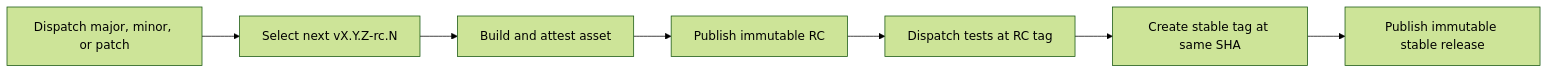
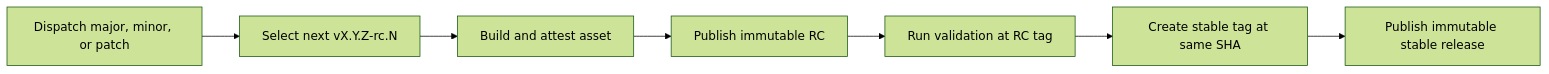
The diagram in README.md (nodeselector/actions-release-demo), drawn with Mermaid (forest theme) before and after one commit. The commit also changed other lines of this file and 3 other files, not shown here.

````diff
--- a/README.md
+++ b/README.md
@@ -13,9 +13,9 @@
 ```mermaid
 flowchart LR
   D[Dispatch major, minor, or patch] --> C[Select next vX.Y.Z-rc.N]
   C --> B[Build and attest asset]
   B --> R[Publish immutable RC]
-  R --> T[Dispatch tests at RC tag]
+  R --> T[Run validation at RC tag]
   T --> S[Create stable tag at same SHA]
   S --> P[Publish immutable stable release]
 ```
````
